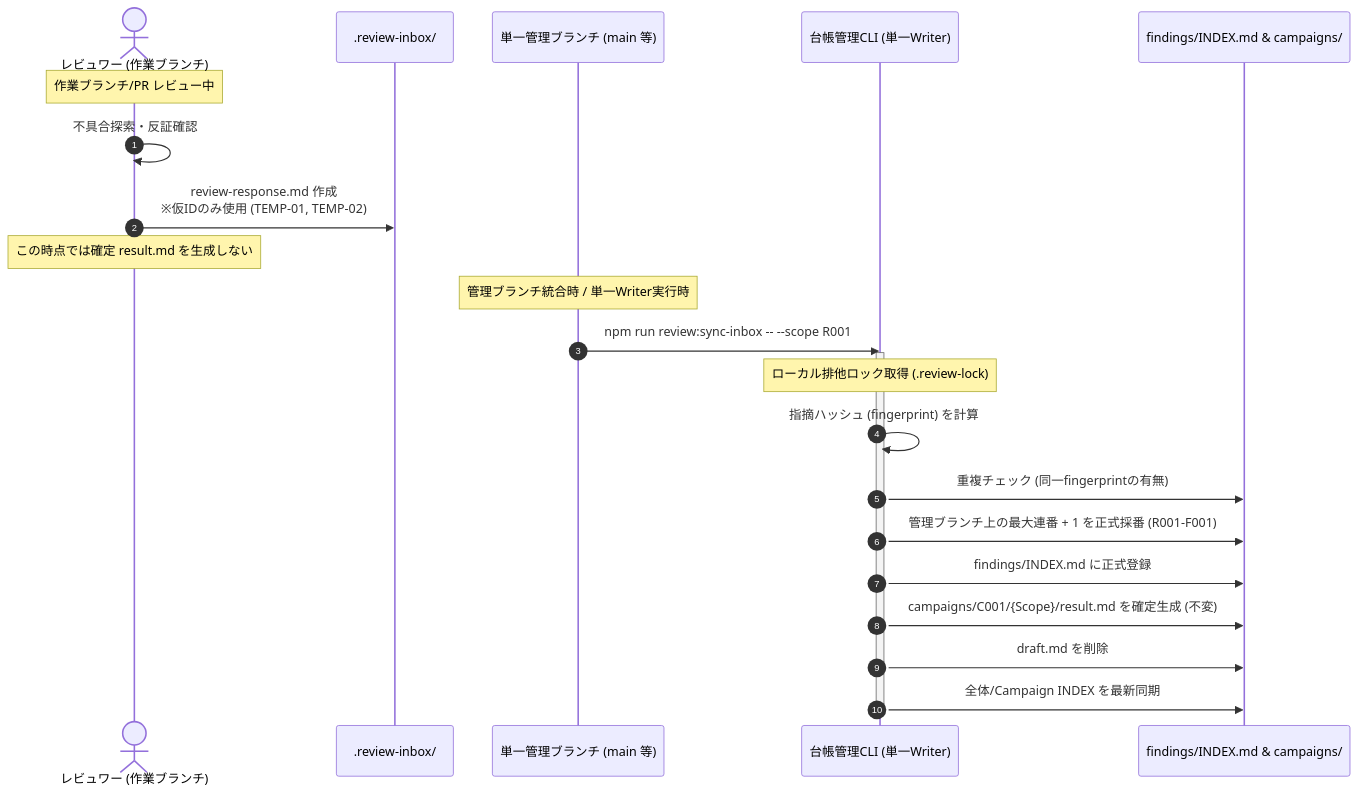
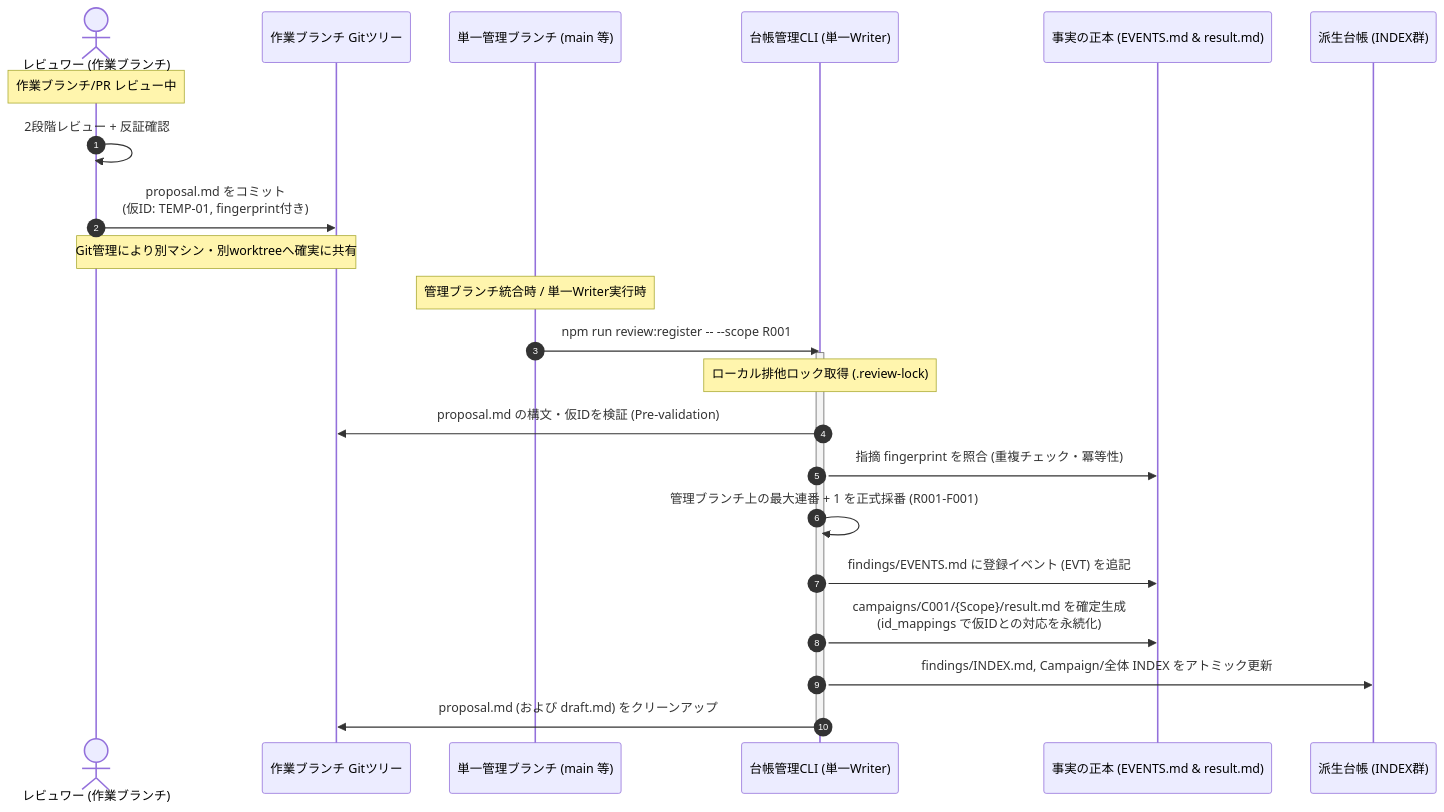
The second of 6 diagrams in docs/reviews/CONTINUOUS_REVIEW_DESIGN.md (okinawa-systembit/herdr-orchestration), drawn with Mermaid before and after one commit. The commit also changed other lines of this file, not shown here.

First line of the commit message:
docs(review): Phase 1 設計第3回レビュー指摘の反映 (NEW-01〜NEW-03)

````diff
--- a/docs/reviews/CONTINUOUS_REVIEW_DESIGN.md
+++ b/docs/reviews/CONTINUOUS_REVIEW_DESIGN.md
@@ -414,27 +512,28 @@
 ```mermaid
 sequenceDiagram
     autonumber
     actor Reviewer as レビュワー (作業ブランチ)
-    participant Inbox as .review-inbox/
+    participant Worktree as 作業ブランチ Gitツリー
     participant Canonical as 単一管理ブランチ (main 等)
     participant CLI as 台帳管理CLI (単一Writer)
-    participant Ledger as findings/INDEX.md & campaigns/
+    participant SSoT as 事実の正本 (EVENTS.md & result.md)
+    participant Views as 派生台帳 (INDEX群)
 
     Note over Reviewer: 作業ブランチ/PR レビュー中
-    Reviewer->>Reviewer: 不具合探索・反証確認
-    Reviewer->>Inbox: review-response.md 作成<br>※仮IDのみ使用 (TEMP-01, TEMP-02)
-    Note over Reviewer: この時点では確定 result.md を生成しない
+    Reviewer->>Reviewer: 2段階レビュー + 反証確認
+    Reviewer->>Worktree: proposal.md をコミット<br>(仮ID: TEMP-01, fingerprint付き)
+    Note over Reviewer,Worktree: Git管理により別マシン・別worktreeへ確実に共有
 
     Note over Canonical: 管理ブランチ統合時 / 単一Writer実行時
-    Canonical->>CLI: npm run review:sync-inbox -- --scope R001
+    Canonical->>CLI: npm run review:register -- --scope R001
     activate CLI
     Note over CLI: ローカル排他ロック取得 (.review-lock)
-    CLI->>CLI: 指摘ハッシュ (fingerprint) を計算
-    CLI->>Ledger: 重複チェック (同一fingerprintの有無)
-    CLI->>Ledger: 管理ブランチ上の最大連番 + 1 を正式採番 (R001-F001)
-    CLI->>Ledger: findings/INDEX.md に正式登録
-    CLI->>Ledger: campaigns/C001/{Scope}/result.md を確定生成 (不変)
-    CLI->>Ledger: draft.md を削除
-    CLI->>Ledger: 全体/Campaign INDEX を最新同期
+    CLI->>Worktree: proposal.md の構文・仮IDを検証 (Pre-validation)
+    CLI->>SSoT: 指摘 fingerprint を照合 (重複チェック・冪等性)
+    CLI->>CLI: 管理ブランチ上の最大連番 + 1 を正式採番 (R001-F001)
+    CLI->>SSoT: findings/EVENTS.md に登録イベント (EVT) を追記
+    CLI->>SSoT: campaigns/C001/{Scope}/result.md を確定生成<br>(id_mappings で仮IDとの対応を永続化)
+    CLI->>Views: findings/INDEX.md, Campaign/全体 INDEX をアトミック更新
+    CLI->>Worktree: proposal.md (および draft.md) をクリーンアップ
     deactivate CLI
 ```
````
